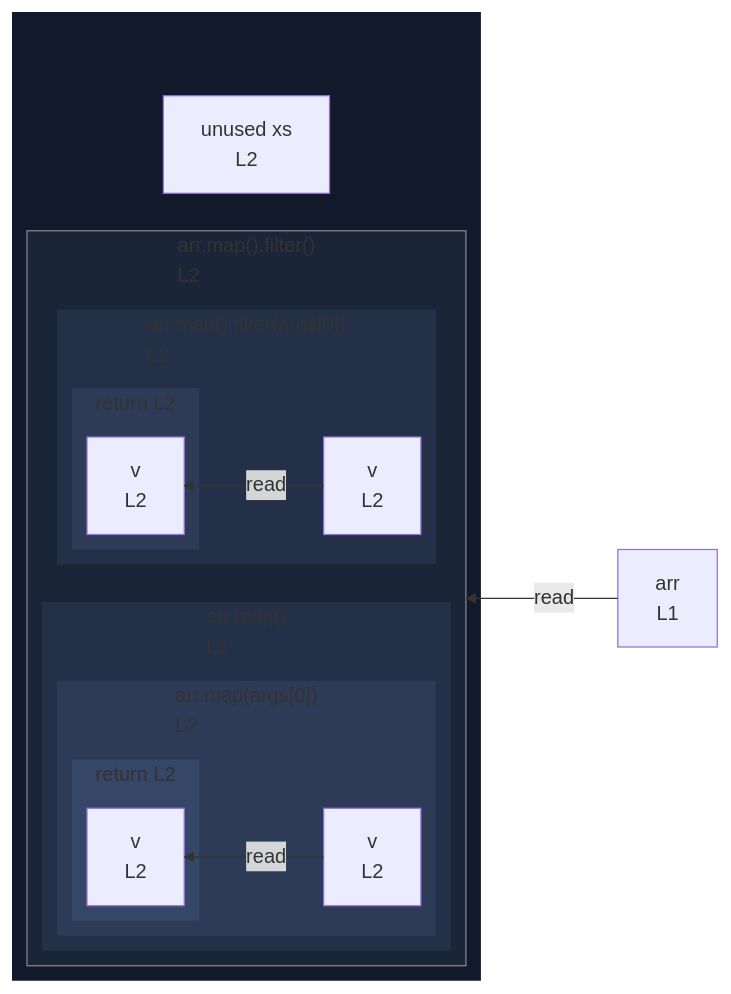
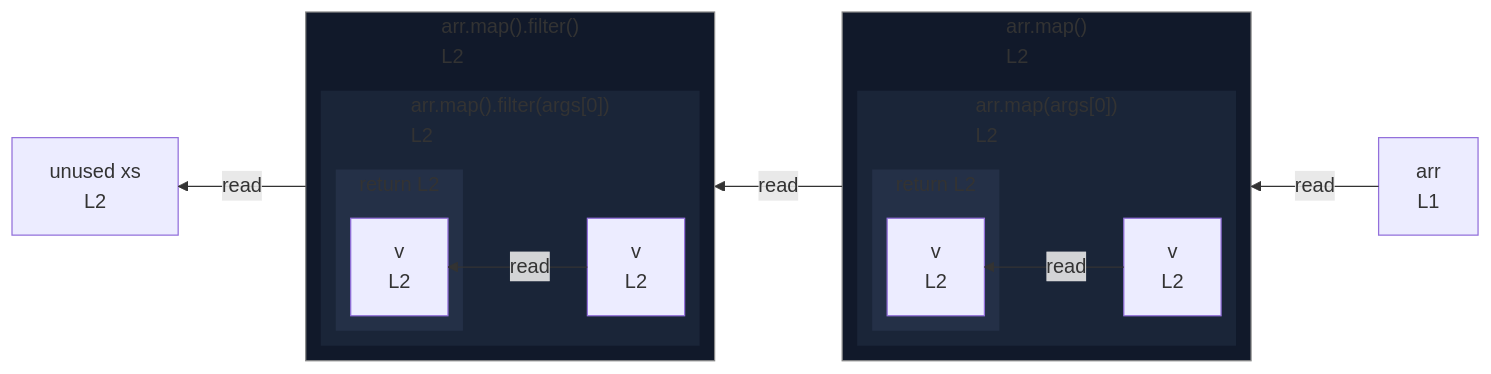
Before and after one commit to crescware/unsnarl: the diagram in integration/fixtures/callback/chained-methods/preview.md, drawn with Mermaid. The commit also changed 105 other files, not shown here.

````diff
--- a/integration/fixtures/callback/chained-methods/preview.md
+++ b/integration/fixtures/callback/chained-methods/preview.md
@@ -12,48 +12,45 @@
 ```mermaid
 %%{init: {"flowchart": {"defaultRenderer": "elk"}}}%%
 flowchart RL
   n_scope_0_arr_6["arr<br/>L1"]
-  subgraph wrap_call_proxy_34[" "]
-    direction TB
-    n_scope_0_xs_29["unused xs<br/>L2"]
-    subgraph call_proxy_34["arr.map().filter()<br/>L2"]
+  n_scope_0_xs_29["unused xs<br/>L2"]
+  subgraph call_proxy_34["arr.map().filter()<br/>L2"]
+    direction RL
+    subgraph s_scope_2["arr.map().filter(args[0])<br/>L2"]
       direction RL
-      subgraph call_proxy_34_55["arr.map()<br/>L2"]
+      n_scope_2_v_64["v<br/>L2"]
+      subgraph s_return_scope_2_70_75["return L2"]
         direction RL
-        subgraph s_scope_1["arr.map(args[0])<br/>L2"]
-          direction RL
-          n_scope_1_v_43["v<br/>L2"]
-          subgraph s_return_scope_1_49_54["return L2"]
-            direction RL
-            ret_use_ref_3["v<br/>L2"]
-          end
-        end
-      end
-      subgraph s_scope_2["arr.map().filter(args[0])<br/>L2"]
-        direction RL
-        n_scope_2_v_64["v<br/>L2"]
-        subgraph s_return_scope_2_70_75["return L2"]
-          direction RL
-          ret_use_ref_4["v<br/>L2"]
-        end
+        ret_use_ref_4["v<br/>L2"]
       end
     end
   end
-  n_scope_0_arr_6 -->|read| call_proxy_34
+  subgraph call_proxy_34_55["arr.map()<br/>L2"]
+    direction RL
+    subgraph s_scope_1["arr.map(args[0])<br/>L2"]
+      direction RL
+      n_scope_1_v_43["v<br/>L2"]
+      subgraph s_return_scope_1_49_54["return L2"]
+        direction RL
+        ret_use_ref_3["v<br/>L2"]
+      end
+    end
+  end
+  call_proxy_34 -->|read| n_scope_0_xs_29
+  call_proxy_34_55 -->|read| call_proxy_34
+  n_scope_0_arr_6 -->|read| call_proxy_34_55
   n_scope_1_v_43 -->|read| ret_use_ref_3
   n_scope_2_v_64 -->|read| ret_use_ref_4
   classDef nestL1 fill:#11192a,stroke:transparent;
-  class wrap_call_proxy_34 nestL1;
+  class call_proxy_34 nestL1;
+  class call_proxy_34_55 nestL1;
   classDef nestL2 fill:#1a2538,stroke:transparent;
-  class call_proxy_34 nestL2;
+  class s_scope_2 nestL2;
+  class s_scope_1 nestL2;
   classDef nestL3 fill:#243047,stroke:transparent;
-  class call_proxy_34_55 nestL3;
-  class s_scope_2 nestL3;
-  classDef nestL4 fill:#2d3b57,stroke:transparent;
-  class s_scope_1 nestL4;
-  class s_return_scope_2_70_75 nestL4;
-  classDef nestL5 fill:#364666,stroke:transparent;
-  class s_return_scope_1_49_54 nestL5;
+  class s_return_scope_2_70_75 nestL3;
+  class s_return_scope_1_49_54 nestL3;
   classDef edgeTargetSubgraph stroke:#888;
   class call_proxy_34 edgeTargetSubgraph;
+  class call_proxy_34_55 edgeTargetSubgraph;
 ```
````
